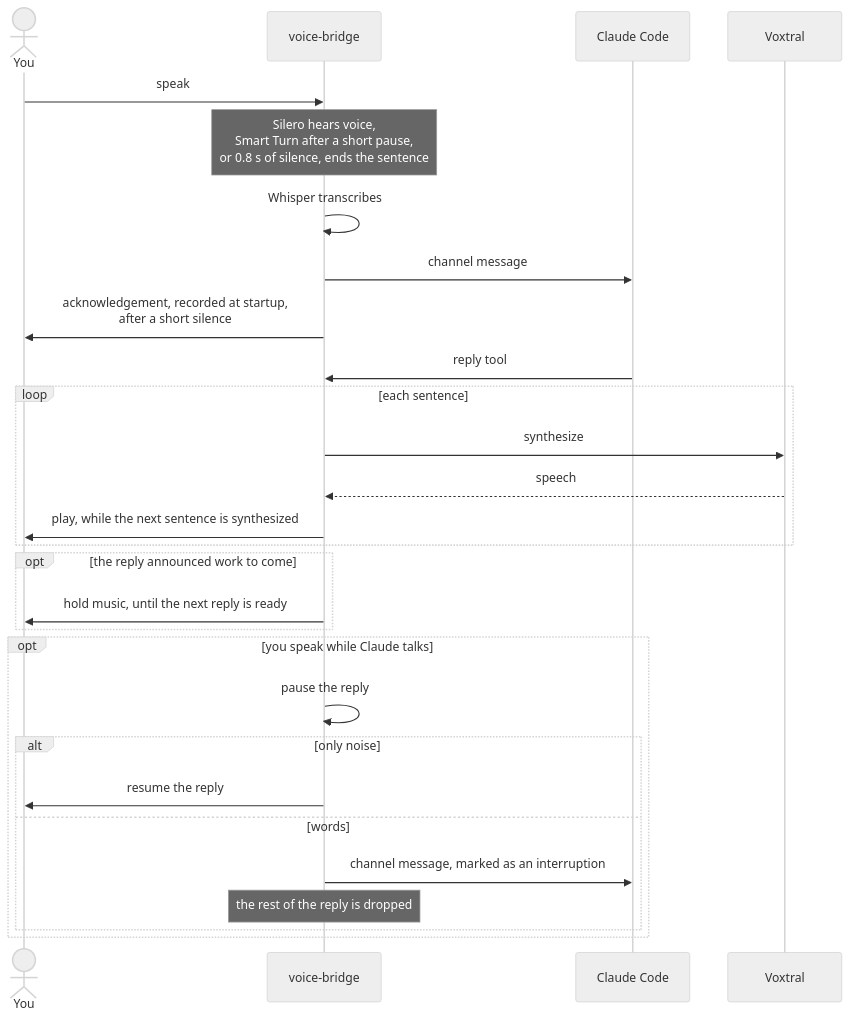
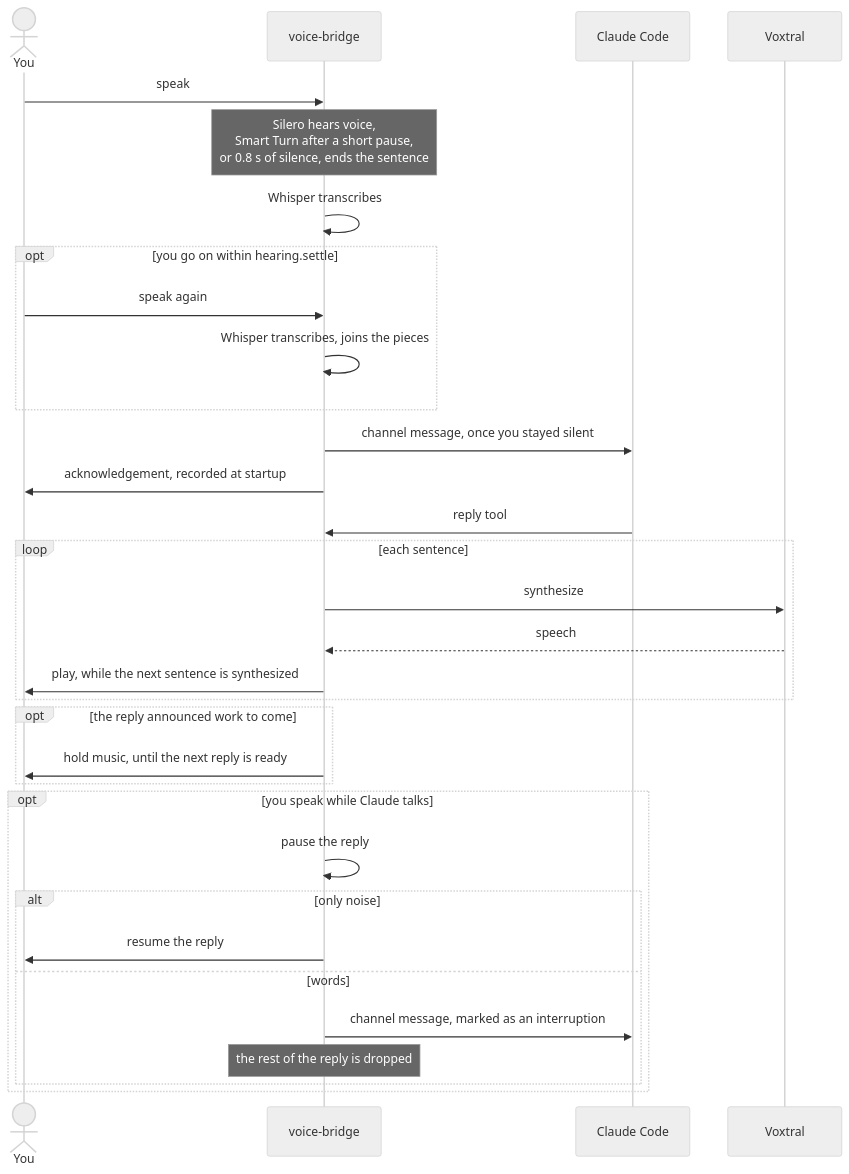
The second of 3 diagrams in README.md (marc-gavanier/voice-bridge), drawn with Mermaid (neutral theme) before and after one commit. The commit also changed other lines of this file and 10 other files, not shown here.

````diff
--- a/README.md
+++ b/README.md
@@ -45,31 +45,35 @@
 ```mermaid
 sequenceDiagram
     actor you as You
     participant bridge as voice-bridge
     participant claude as Claude Code
     participant voxtral as Voxtral
 
     you->>bridge: speak
     Note over bridge: Silero hears voice,<br/>Smart Turn after a short pause,<br/>or 0.8 s of silence, ends the sentence
     bridge->>bridge: Whisper transcribes
-    bridge->>claude: channel message
-    bridge->>you: acknowledgement, recorded at startup,<br/>after a short silence
+    opt you go on within hearing.settle
+        you->>bridge: speak again
+        bridge->>bridge: Whisper transcribes, joins the pieces
+    end
+    bridge->>claude: channel message, once you stayed silent
+    bridge->>you: acknowledgement, recorded at startup
     claude->>bridge: reply tool
     loop each sentence
         bridge->>voxtral: synthesize
         voxtral-->>bridge: speech
         bridge->>you: play, while the next sentence is synthesized
     end
     opt the reply announced work to come
         bridge->>you: hold music, until the next reply is ready
     end
     opt you speak while Claude talks
         bridge->>bridge: pause the reply
         alt only noise
             bridge->>you: resume the reply
         else words
             bridge->>claude: channel message, marked as an interruption
             Note over bridge: the rest of the reply is dropped
         end
     end
 ```
````
